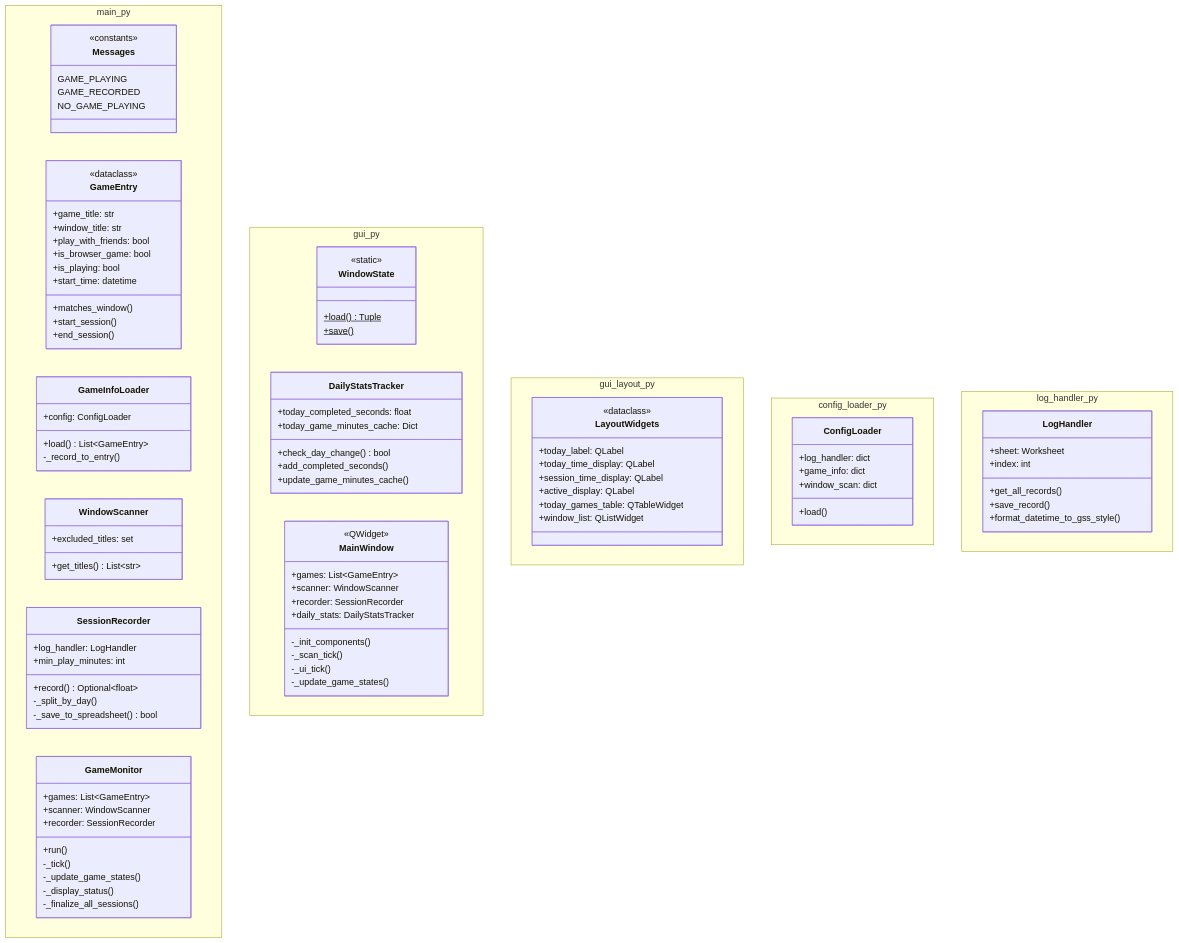
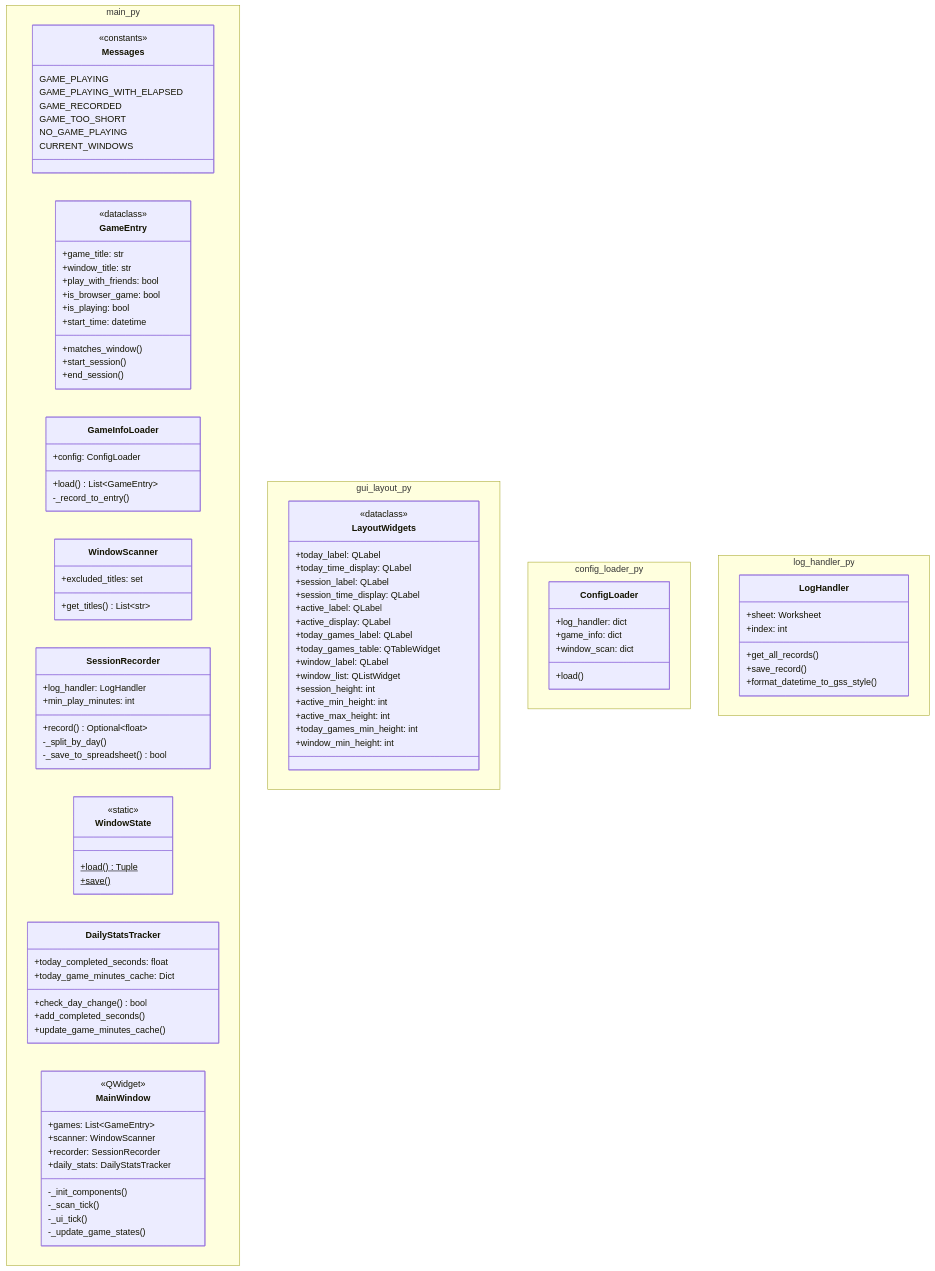
Before and after one commit to ynanigashi/game_time_tracker: the first of 3 diagrams in SPEC.md, drawn with Mermaid. The commit also changed other lines of this file and 4 other files, not shown here.

```diff
--- a/SPEC.md
+++ b/SPEC.md
@@ -13,8 +13,11 @@
         class Messages {
             <<constants>>
             GAME_PLAYING
+            GAME_PLAYING_WITH_ELAPSED
             GAME_RECORDED
+            GAME_TOO_SHORT
             NO_GAME_PLAYING
+            CURRENT_WINDOWS
         }
         class GameEntry {
             <<dataclass>>
@@ -44,19 +47,6 @@
             -_split_by_day()
             -_save_to_spreadsheet() bool
         }
-        class GameMonitor {
-            +games: List~GameEntry~
-            +scanner: WindowScanner
-            +recorder: SessionRecorder
-            +run()
-            -_tick()
-            -_update_game_states()
-            -_display_status()
-            -_finalize_all_sessions()
-        }
-    }
-
-    namespace gui_py {
         class WindowState {
             <<static>>
             +load()$ Tuple
@@ -87,10 +77,19 @@
             <<dataclass>>
             +today_label: QLabel
             +today_time_display: QLabel
+            +session_label: QLabel
             +session_time_display: QLabel
+            +active_label: QLabel
             +active_display: QLabel
+            +today_games_label: QLabel
             +today_games_table: QTableWidget
+            +window_label: QLabel
             +window_list: QListWidget
+            +session_height: int
+            +active_min_height: int
+            +active_max_height: int
+            +today_games_min_height: int
+            +window_min_height: int
         }
     }
 
```
